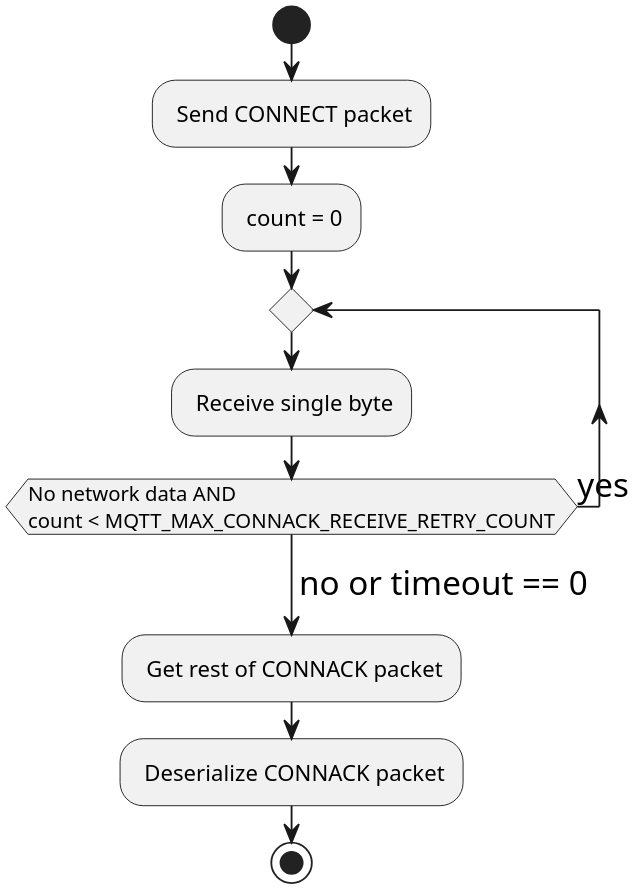
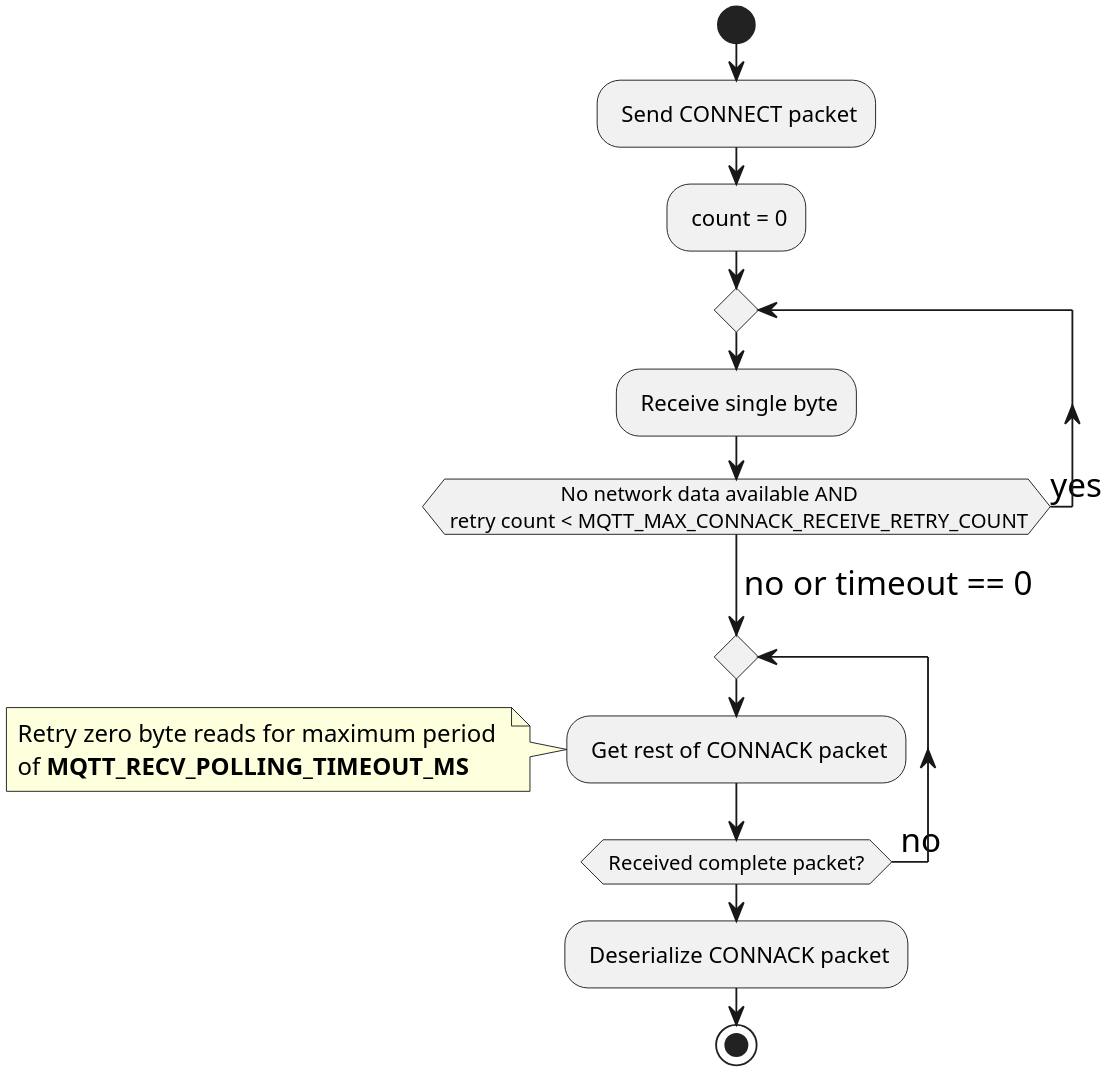
One commit to FreeRTOS/coreMQTT changed the diagram in docs/plantuml/mqtt_connect_design.pu. Above: the diagram before and after it, drawn with PlantUML. The commit also changed 6 other files, not shown here.

```diff
--- a/docs/plantuml/mqtt_connect_design.pu
+++ b/docs/plantuml/mqtt_connect_design.pu
@@ -1,18 +1,21 @@
 @startuml
 skinparam dpi 300
 skinparam ArrowFontSize 18
 
 start
 : Send CONNECT packet;
 : count = 0;
 
 repeat
 	: Receive single byte;
-repeat while (No network data AND \ncount < MQTT_MAX_CONNACK_RECEIVE_RETRY_COUNT) is (yes)
+repeat while (                      No network data available AND \n retry count < MQTT_MAX_CONNACK_RECEIVE_RETRY_COUNT) is (yes)
 -> no or timeout == 0;
 
-: Get rest of CONNACK packet;
+repeat 
+	: Get rest of CONNACK packet;
+	note left: Retry zero byte reads for maximum period \nof **MQTT_RECV_POLLING_TIMEOUT_MS**
+repeat while( Received complete packet? ) is ( no )
 : Deserialize CONNACK packet;
 stop
 
 @enduml
```
